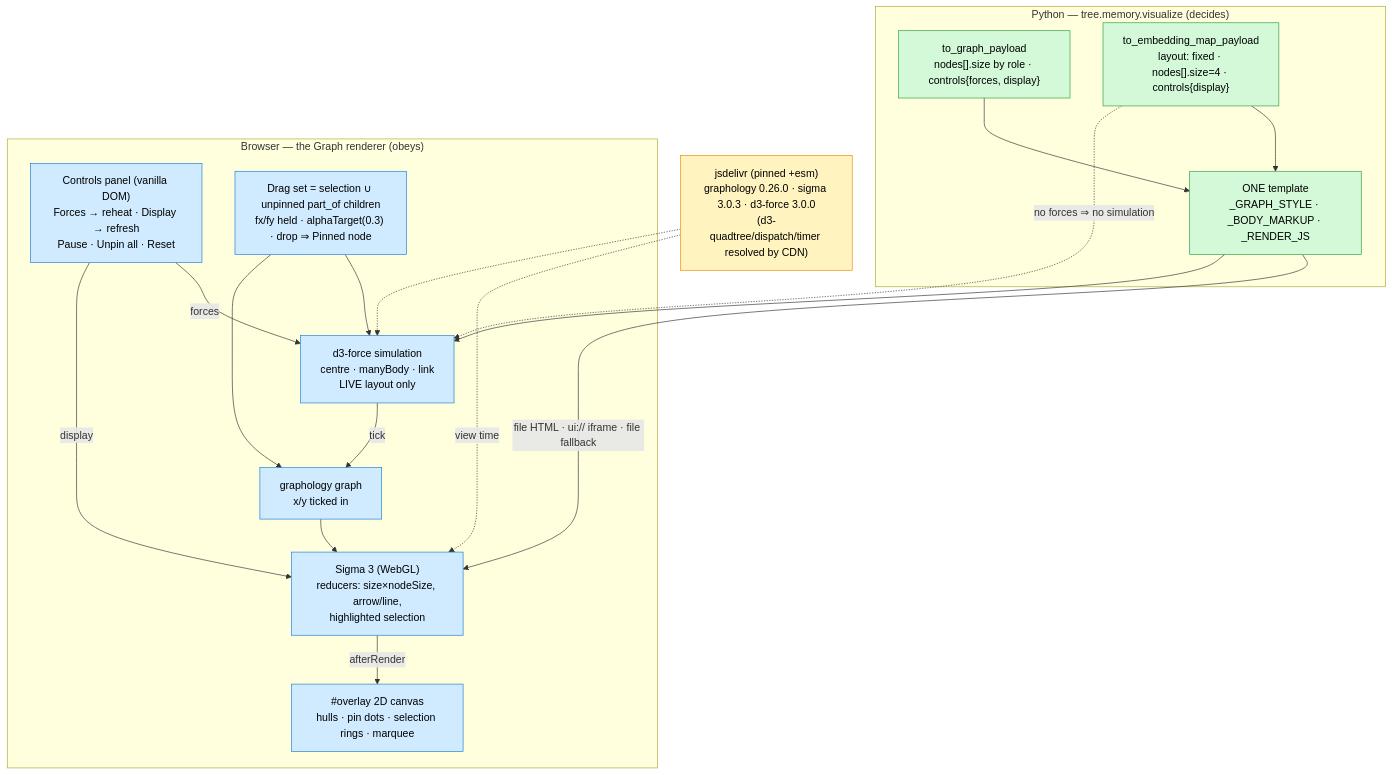
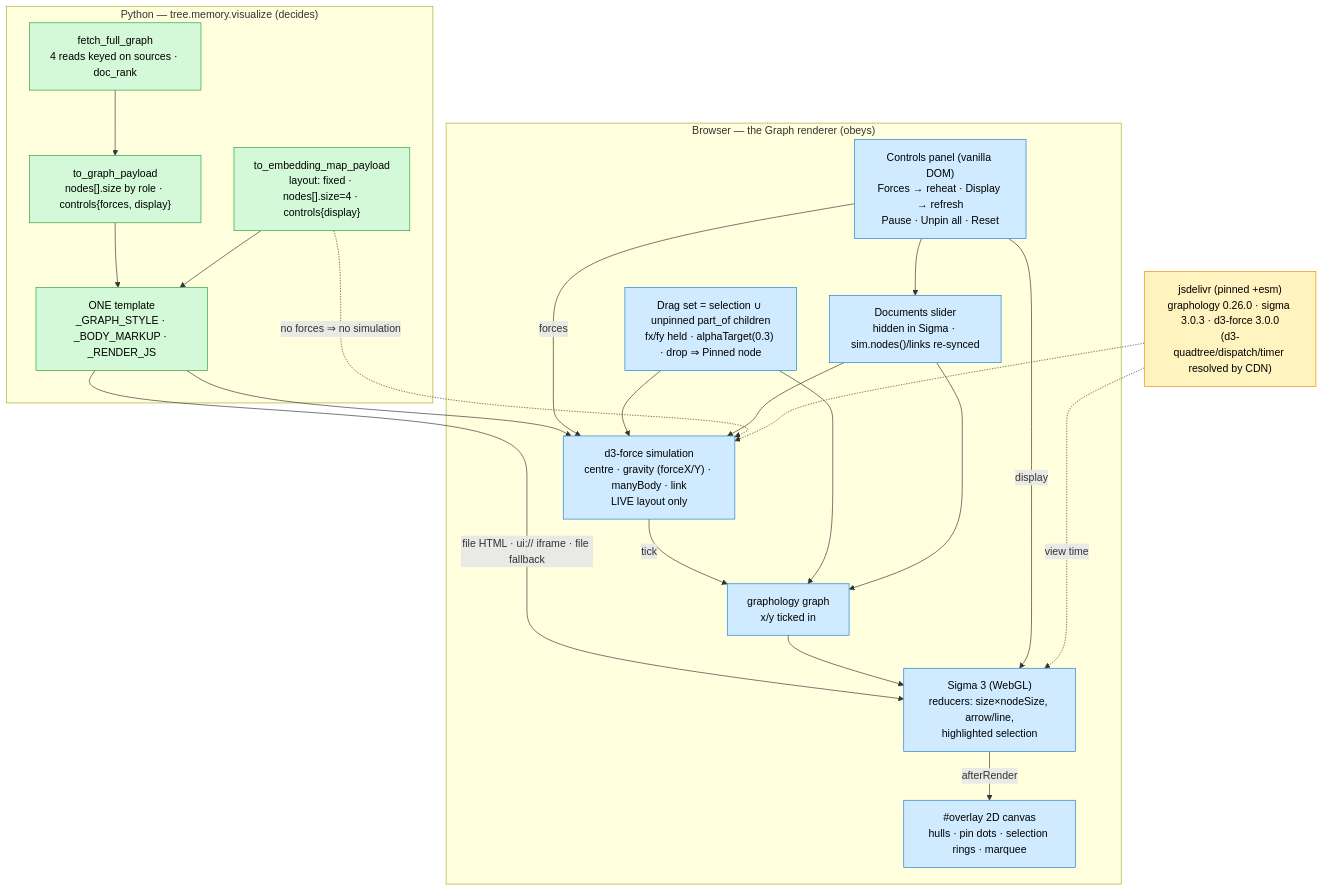
One commit to iusztinpaul/building-agentic-systems changed the diagram in docs/adrs/011_live_force_layout_and_direct_manipulation.md. Above: the diagram before and after it, drawn with Mermaid. The commit also changed other lines of this file and 21 other files, not shown here.

First line of the commit message:
feat: Cap the Full graph to recent documents with a slider

````diff
--- a/docs/adrs/011_live_force_layout_and_direct_manipulation.md
+++ b/docs/adrs/011_live_force_layout_and_direct_manipulation.md
@@ -92,41 +117,46 @@
 ```mermaid
 flowchart TD
     subgraph py["Python — tree.memory.visualize (decides)"]
         GP["to_graph_payload<br/>nodes[].size by role · controls{forces, display}"]
         MP["to_embedding_map_payload<br/>layout: fixed · nodes[].size=4 · controls{display}"]
         TPL["ONE template<br/>_GRAPH_STYLE · _BODY_MARKUP · _RENDER_JS"]
+        FG["fetch_full_graph<br/>4 reads keyed on sources · doc_rank"] --> GP
     end
 
     subgraph js["Browser — the Graph renderer (obeys)"]
-        SIM["d3-force simulation<br/>centre · manyBody · link<br/>LIVE layout only"]
+        SIM["d3-force simulation<br/>centre · gravity (forceX/Y) · manyBody · link<br/>LIVE layout only"]
         G["graphology graph<br/>x/y ticked in"]
         SG["Sigma 3 (WebGL)<br/>reducers: size×nodeSize, arrow/line,<br/>highlighted selection"]
         OV["#overlay 2D canvas<br/>hulls · pin dots · selection rings · marquee"]
         PANEL["Controls panel (vanilla DOM)<br/>Forces → reheat · Display → refresh<br/>Pause · Unpin all · Reset"]
         DRAG["Drag set = selection ∪ unpinned part_of children<br/>fx/fy held · alphaTarget(0.3) · drop ⇒ Pinned node"]
+        DOCS["Documents slider<br/>hidden in Sigma · sim.nodes()/links re-synced"]
     end
 
     CDN["jsdelivr (pinned +esm)<br/>graphology 0.26.0 · sigma 3.0.3 · d3-force 3.0.0<br/>(d3-quadtree/dispatch/timer resolved by CDN)"]
 
     GP --> TPL
     MP --> TPL
     TPL -->|"file HTML · ui:// iframe · file fallback"| SG
     TPL --> SIM
     SIM -->|tick| G
     G --> SG
     SG -->|afterRender| OV
     PANEL -->|forces| SIM
     PANEL -->|display| SG
     DRAG --> SIM
     DRAG --> G
+    PANEL --> DOCS
+    DOCS --> SIM
+    DOCS --> G
     MP -.->|"no forces ⇒ no simulation"| SIM
     CDN -.->|view time| SG
     CDN -.-> SIM
 
     classDef pyNode fill:#d3f9d8,stroke:#2f9e44,color:#000;
     classDef jsNode fill:#d0ebff,stroke:#1c7ed6,color:#000;
     classDef extNode fill:#fff3bf,stroke:#f08c00,color:#000;
-    class GP,MP,TPL pyNode;
-    class SIM,G,SG,OV,PANEL,DRAG jsNode;
+    class GP,MP,TPL,FG pyNode;
+    class SIM,G,SG,OV,PANEL,DRAG,DOCS jsNode;
     class CDN extNode;
 ```
````
